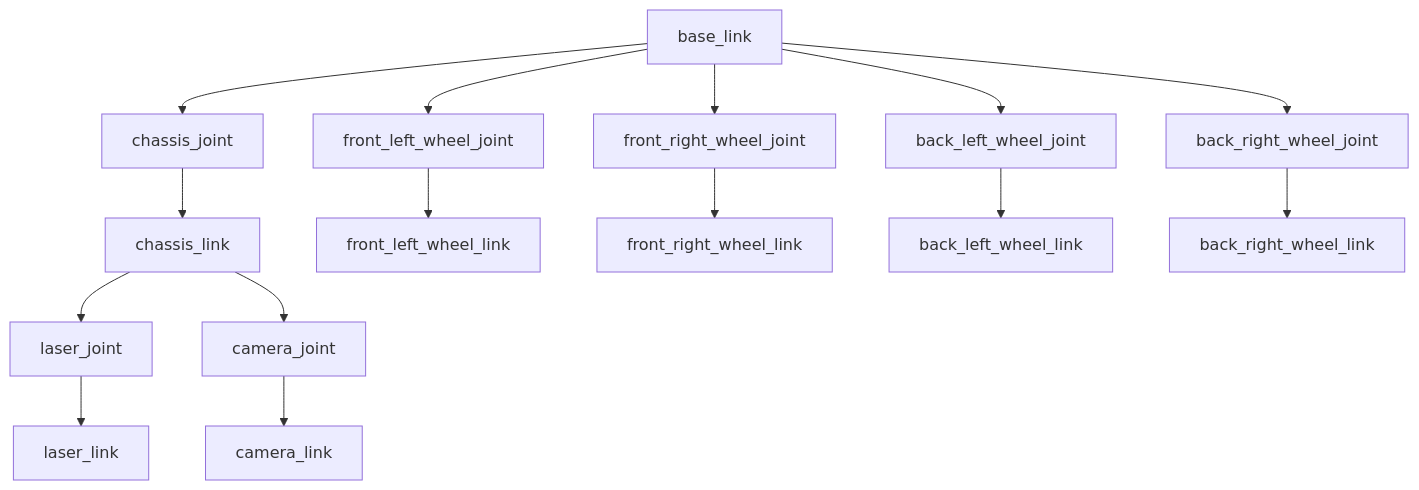
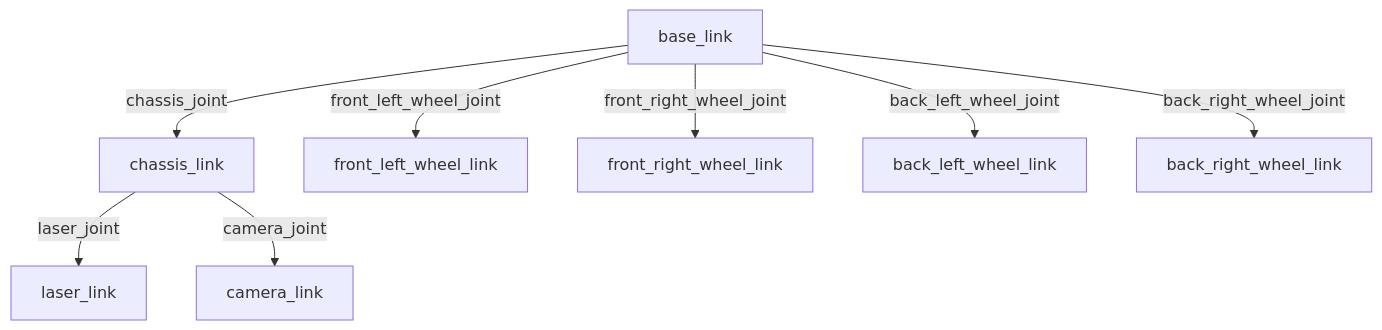
One commit to UNL-Lunabotics/UNL-Lunabotics.github.io changed the first of 2 diagrams in docs/Curriculum/Understanding-URDF-Files.md. Above: the diagram before and after it, drawn with Mermaid. The commit also changed other lines of this file and 2 other files, not shown here.

Commit message:
Added download links to the provided xacro files, improved diagrams in the URDF docs, rewrote/revised some things, and added more link/joint stuff.

````diff
--- a/docs/Curriculum/Understanding-URDF-Files.md
+++ b/docs/Curriculum/Understanding-URDF-Files.md
@@ -36,20 +36,11 @@
 ```mermaid
 graph TD
-    base_link --> chassis_joint
-    base_link --> front_left_wheel_joint
-    base_link --> front_right_wheel_joint
-    base_link --> back_left_wheel_joint
-    base_link --> back_right_wheel_joint
+    base_link -->|chassis_joint| chassis_link
+    base_link -->|front_left_wheel_joint| front_left_wheel_link
+    base_link -->|front_right_wheel_joint| front_right_wheel_link
+    base_link -->|back_left_wheel_joint| back_left_wheel_link
+    base_link -->|back_right_wheel_joint| back_right_wheel_link
 
-    chassis_joint --> chassis_link
-    chassis_link --> laser_joint
-    chassis_link --> camera_joint
-
-    laser_joint --> laser_link
-    camera_joint --> camera_link
-
-    front_left_wheel_joint --> front_left_wheel_link
-    front_right_wheel_joint --> front_right_wheel_link
-    back_left_wheel_joint --> back_left_wheel_link
-    back_right_wheel_joint --> back_right_wheel_link
+    chassis_link -->|laser_joint| laser_link
+    chassis_link -->|camera_joint| camera_link
 ```
````
